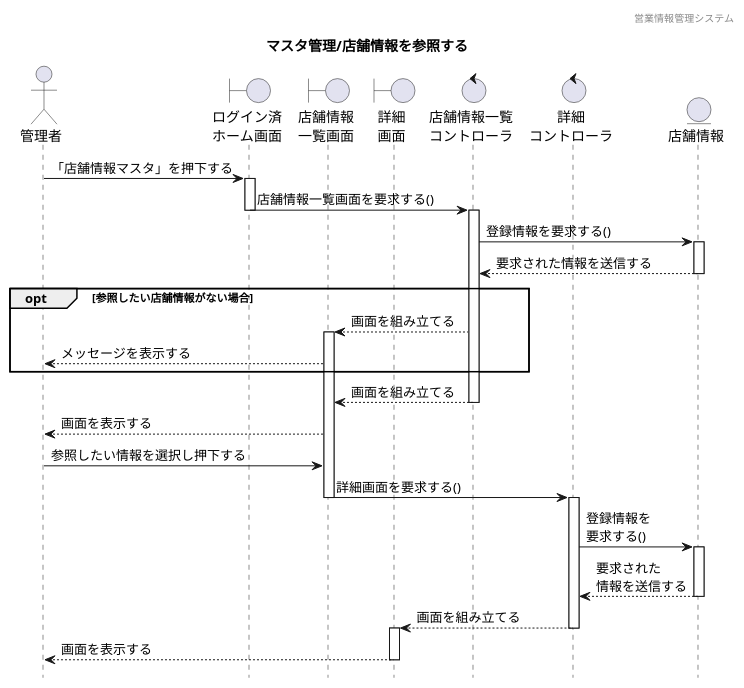
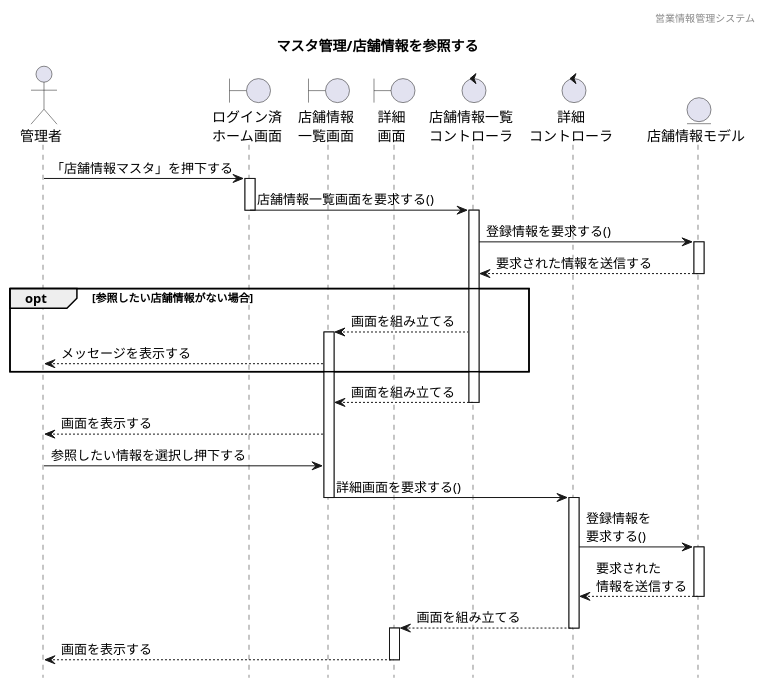
The diagram in 各種設計書/4シーケンス図/マスタ管理/F02店舗マスタ/店舗情報管理_参照.plantuml (HaruShim/Sotuken), drawn with PlantUML before and after one commit. The commit also changed 18 other files, not shown here.

```diff
--- a/各種設計書/4シーケンス図/マスタ管理/F02店舗マスタ/店舗情報管理_参照.plantuml
+++ b/各種設計書/4シーケンス図/マスタ管理/F02店舗マスタ/店舗情報管理_参照.plantuml
@@ -1,63 +1,63 @@
 @startuml ../../images/店舗情報マスタ/店舗情報管理_参照
 
 ' 下アイコン除去
 hide footbox
 ' ヘッダー
 header 営業情報管理システム
 ' タイトル
 title マスタ管理/店舗情報を参照する
 
 
 ' actor "" as 
 actor "管理者" as a1
 
 ' boundary "" as 
 boundary "ログイン済\nホーム画面" as b1
 boundary "店舗情報\n一覧画面" as b2
 boundary "詳細\n画面" as b3
 
 ' control "" as 
 control "店舗情報一覧\nコントローラ" as c1
 control "詳細\nコントローラ" as c2
 
 ' entity "" as
-entity "店舗情報" as e1
+entity "店舗情報モデル" as e1
 
 
 ' ログイン済みホーム画面から一覧表示までのシーケンス
 a1 -> b1 : 「店舗情報マスタ」を押下する
 activate b1
 b1 -> c1 : 店舗情報一覧画面を要求する()
 deactivate b1
 activate c1
 c1 -> e1 : 登録情報を要求する()
 activate e1
 c1 <-- e1 : 要求された情報を送信する
 deactivate e1
 
 ' 代替フロー
 opt 参照したい店舗情報がない場合
 b2 <-- c1 : 画面を組み立てる
 activate b2
 a1 <-- b2 : メッセージを表示する
 end
 
 b2 <-- c1 : 画面を組み立てる
 deactivate c1
 
 a1 <-- b2 : 画面を表示する
 a1 -> b2 : 参照したい情報を選択し押下する
 b2 -> c2 : 詳細画面を要求する()
 deactivate b2
 activate c2
 c2 -> e1 : 登録情報を\n要求する()
 activate e1
 c2 <-- e1 : 要求された\n情報を送信する
 deactivate e1
 b3 <-- c2 : 画面を組み立てる
 deactivate c2
 activate b3
 a1 <-- b3 : 画面を表示する
 deactivate b3
 
 @enduml
```
